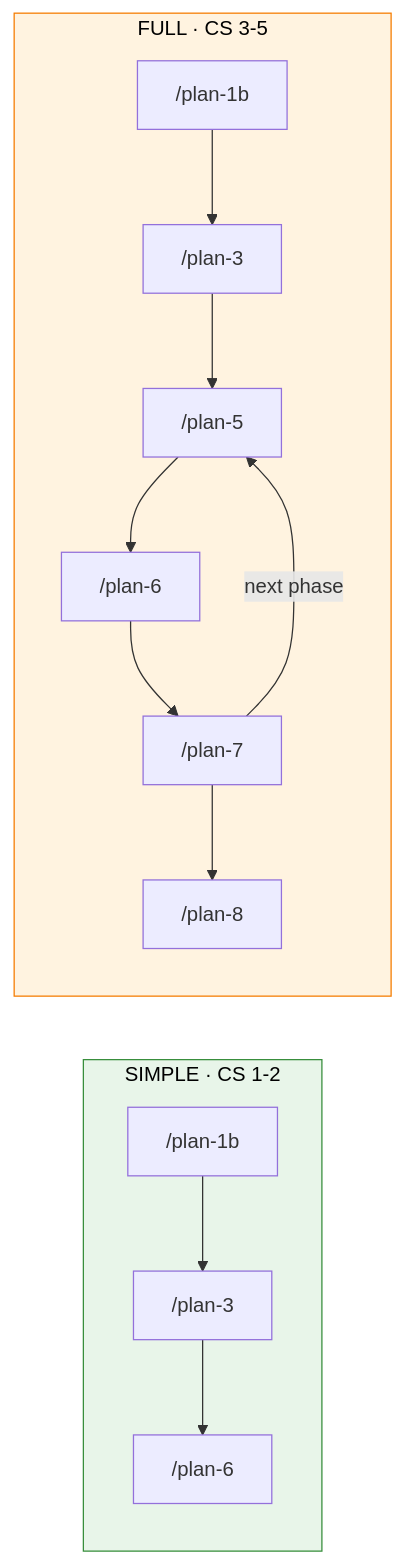
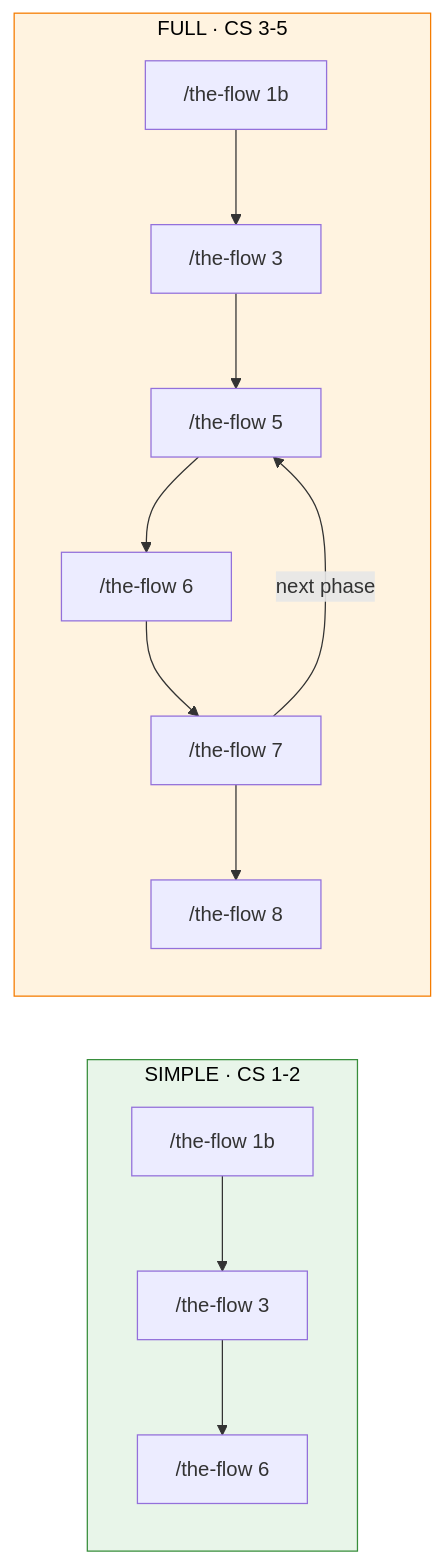
The second of 2 diagrams in skills/SDD/the-flow/references/getting-started.md (jakkaj/tools), drawn with Mermaid before and after one commit. The commit also changed other lines of this file and 40 other files, not shown here.

First line of the commit message:
feat(skills)!: consolidate the 13 main-flow SDD skills into one progressive-disclosure the-flow skill (plan-030)

````diff
--- a/skills/SDD/the-flow/references/getting-started.md
+++ b/skills/SDD/the-flow/references/getting-started.md
@@ -94,20 +125,20 @@
 ```mermaid
 flowchart LR
     classDef s fill:#e8f5e9,stroke:#388e3c,color:#000
     classDef f fill:#fff3e0,stroke:#f57c00,color:#000
 
     subgraph simple["SIMPLE · CS 1-2"]
         direction TB
-        S1["/plan-1b"] --> S2["/plan-3"] --> S3["/plan-6"]
+        S1["/the-flow 1b"] --> S2["/the-flow 3"] --> S3["/the-flow 6"]
     end
 
     subgraph full["FULL · CS 3-5"]
         direction TB
-        F1["/plan-1b"] --> F2["/plan-3"] --> F3["/plan-5"] --> F4["/plan-6"] --> F5["/plan-7"]
+        F1["/the-flow 1b"] --> F2["/the-flow 3"] --> F3["/the-flow 5"] --> F4["/the-flow 6"] --> F5["/the-flow 7"]
         F5 -->|next phase| F3
-        F5 --> F6["/plan-8"]
+        F5 --> F6["/the-flow 8"]
     end
 
     class simple s
     class full f
 ```
````
